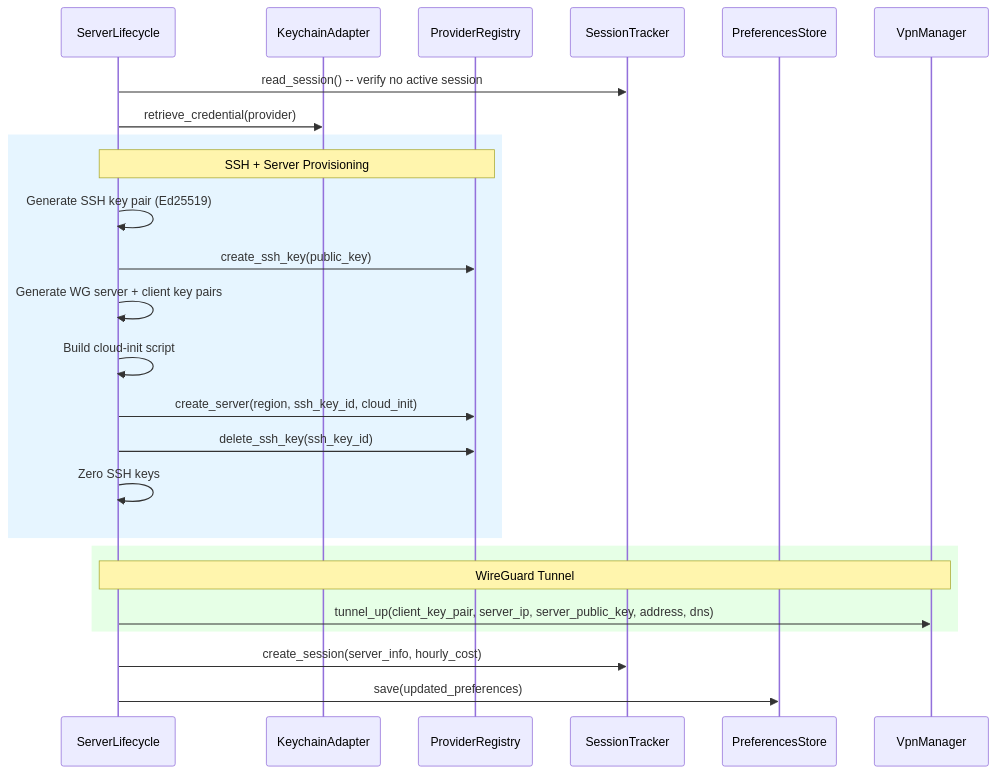
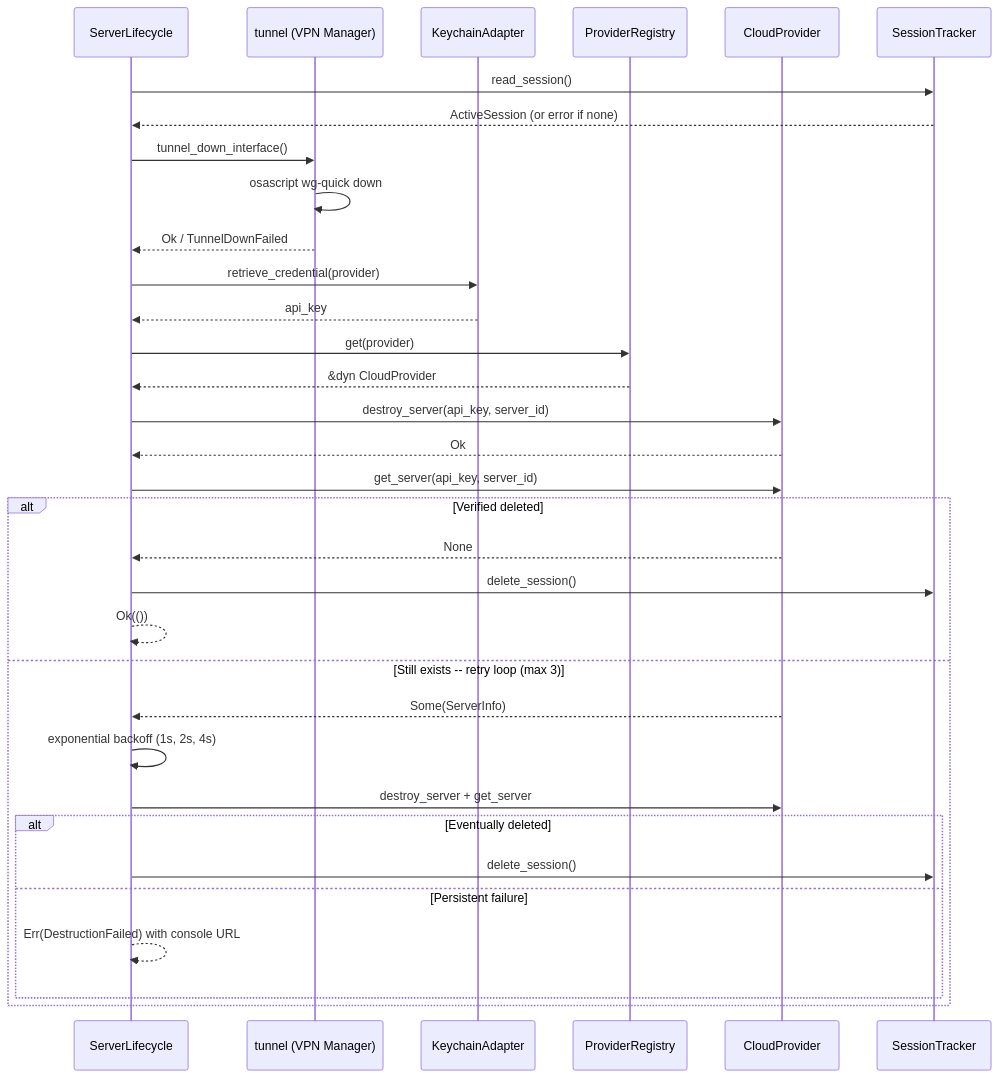
The diagram in PLAN.md (saemanas/oh-my-vpn), drawn with Mermaid before and after one commit. The commit also changed other lines of this file and 8 other files, not shown here.

First line of the commit message:
feat(server-lifecycle): add disconnect flow with retry and verification (#52)

````diff
--- a/PLAN.md
+++ b/PLAN.md
@@ -59,31 +55,42 @@
 ```mermaid
 sequenceDiagram
     participant SL as ServerLifecycle
+    participant VM as tunnel (VPN Manager)
     participant KA as KeychainAdapter
     participant PR as ProviderRegistry
+    participant CP as CloudProvider
     participant ST as SessionTracker
-    participant PS as PreferencesStore
-    participant VM as VpnManager
 
-    SL->>ST: read_session() -- verify no active session
+    SL->>ST: read_session()
+    ST-->>SL: ActiveSession (or error if none)
+
+    SL->>VM: tunnel_down_interface()
+    VM->>VM: osascript wg-quick down
+    VM-->>SL: Ok / TunnelDownFailed
+
     SL->>KA: retrieve_credential(provider)
+    KA-->>SL: api_key
 
-    rect rgb(230, 245, 255)
-        note over SL,PR: SSH + Server Provisioning
-        SL->>SL: Generate SSH key pair (Ed25519)
-        SL->>PR: create_ssh_key(public_key)
-        SL->>SL: Generate WG server + client key pairs
-        SL->>SL: Build cloud-init script
-        SL->>PR: create_server(region, ssh_key_id, cloud_init)
-        SL->>PR: delete_ssh_key(ssh_key_id)
-        SL->>SL: Zero SSH keys
+    SL->>PR: get(provider)
+    PR-->>SL: &dyn CloudProvider
+
+    SL->>CP: destroy_server(api_key, server_id)
+    CP-->>SL: Ok
+
+    SL->>CP: get_server(api_key, server_id)
+
+    alt Verified deleted
+        CP-->>SL: None
+        SL->>ST: delete_session()
+        SL-->>SL: Ok(())
+    else Still exists -- retry loop (max 3)
+        CP-->>SL: Some(ServerInfo)
+        SL->>SL: exponential backoff (1s, 2s, 4s)
+        SL->>CP: destroy_server + get_server
+        alt Eventually deleted
+            SL->>ST: delete_session()
+        else Persistent failure
+            SL-->>SL: Err(DestructionFailed) with console URL
+        end
     end
-
-    rect rgb(230, 255, 230)
-        note over SL,VM: WireGuard Tunnel
-        SL->>VM: tunnel_up(client_key_pair, server_ip, server_public_key, address, dns)
-    end
-
-    SL->>ST: create_session(server_info, hourly_cost)
-    SL->>PS: save(updated_preferences)
 ```
````
